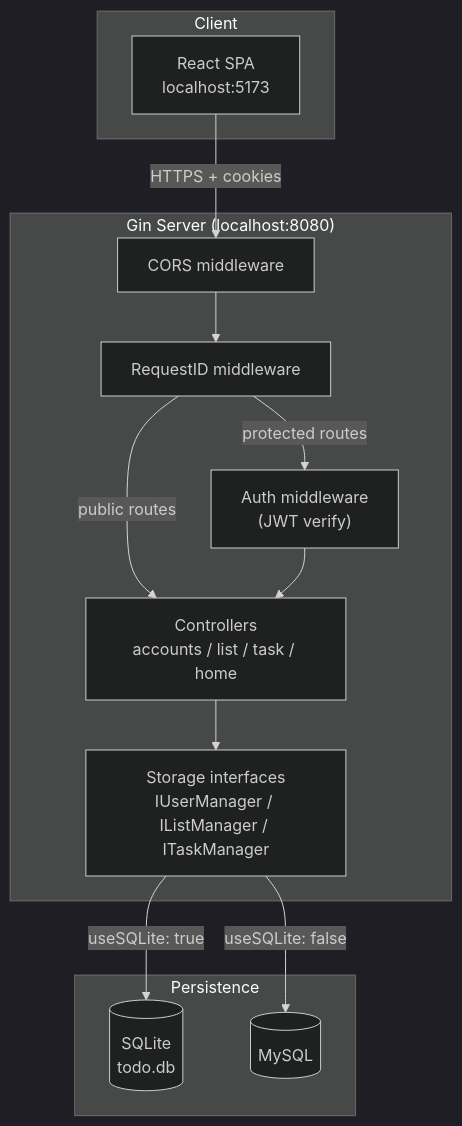
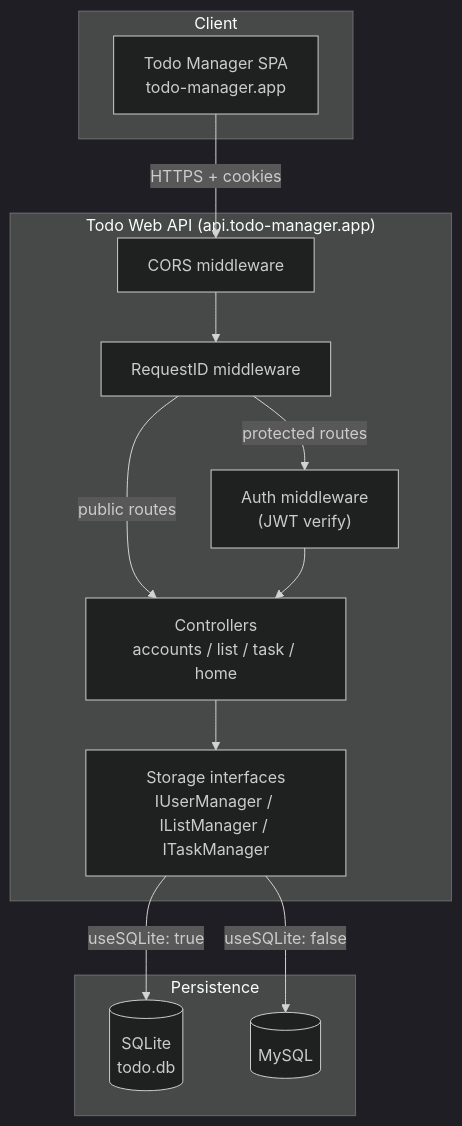
The first of 4 diagrams in README.md (YawDev/todo-web-api), drawn with Mermaid (dark theme) before and after one commit. The commit also changed other lines of this file and 9 other files, not shown here.

````diff
--- a/README.md
+++ b/README.md
@@ -30,26 +30,26 @@
 ```mermaid
 graph TB
     subgraph Client
-        SPA["React SPA<br/>localhost:5173"]
+        SPA["Todo Manager SPA<br/>todo-manager.app"]
     end
 
-    subgraph "Gin Server (localhost:8080)"
+    subgraph "Todo Web API (api.todo-manager.app)"
         CORS["CORS middleware"]
         RID["RequestID middleware"]
         AUTH["Auth middleware<br/>(JWT verify)"]
         CTRL["Controllers<br/>accounts / list / task / home"]
         IFACE["Storage interfaces<br/>IUserManager / IListManager / ITaskManager"]
     end
 
     subgraph Persistence
         SQLITE[("SQLite<br/>todo.db")]
         MYSQL[("MySQL")]
     end
 
     SPA -->|"HTTPS + cookies"| CORS --> RID
     RID -->|public routes| CTRL
     RID -->|protected routes| AUTH --> CTRL
     CTRL --> IFACE
     IFACE -->|"useSQLite: true"| SQLITE
     IFACE -->|"useSQLite: false"| MYSQL
 ```
````
